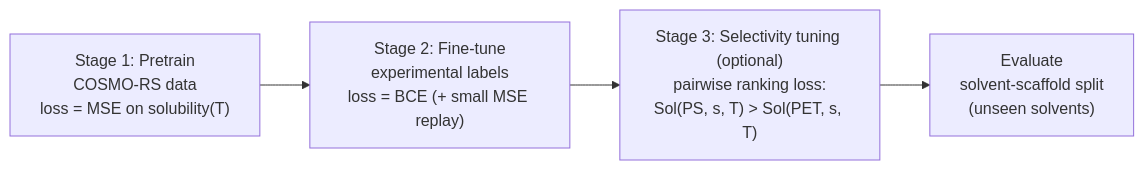
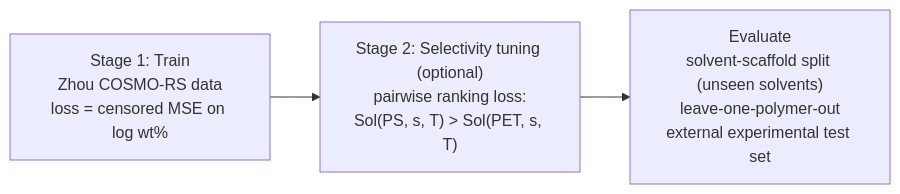
Before and after one commit to ZestyClose25/polysolv: the third of 3 diagrams in docs/architecture.md, drawn with Mermaid. The commit also changed other lines of this file and 2 other files, not shown here.

Commit message:
T4: add polymer_props.csv; drop Kern from docs

````diff
--- a/docs/architecture.md
+++ b/docs/architecture.md
@@ -92,6 +90,5 @@
 ```mermaid
 flowchart LR
-    A["Stage 1: Pretrain<br/>COSMO-RS data<br/>loss = MSE on solubility(T)"] --> B["Stage 2: Fine-tune<br/>experimental labels<br/>loss = BCE (+ small MSE replay)"]
-    B --> C["Stage 3: Selectivity tuning (optional)<br/>pairwise ranking loss:<br/>Sol(PS, s, T) &gt; Sol(PET, s, T)"]
-    C --> D["Evaluate<br/>solvent-scaffold split<br/>(unseen solvents)"]
+    A["Stage 1: Train<br/>Zhou COSMO-RS data<br/>loss = censored MSE on log wt%"] --> C["Stage 2: Selectivity tuning (optional)<br/>pairwise ranking loss:<br/>Sol(PS, s, T) &gt; Sol(PET, s, T)"]
+    C --> D["Evaluate<br/>solvent-scaffold split (unseen solvents)<br/>leave-one-polymer-out<br/>external experimental test set"]
 ```
````
